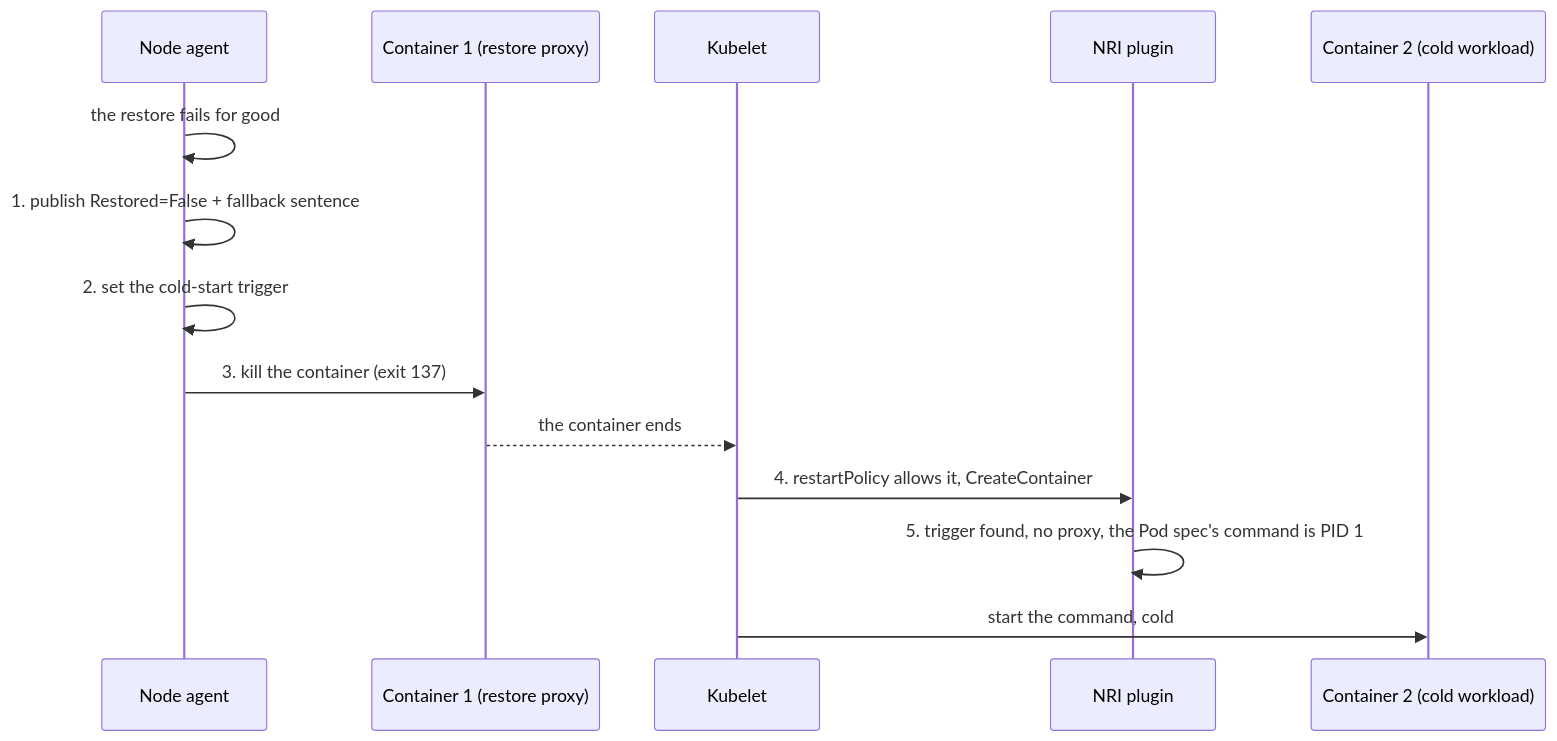
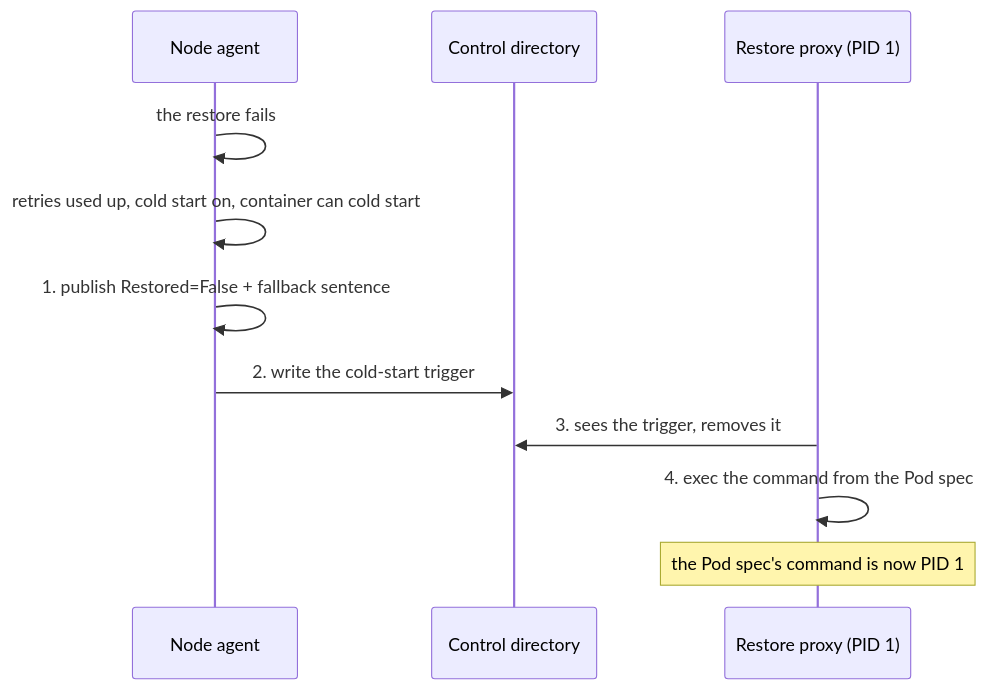
Before and after one commit to ai-dynamo/snapshot: the diagram in docs/proposals/322-cold-start-fallback/README.md, drawn with Mermaid. The commit also changed other lines of this file, not shown here.

First line of the commit message:
docs: rewrite SNEP-322 around an in-place cold start

````diff
--- a/docs/proposals/322-cold-start-fallback/README.md
+++ b/docs/proposals/322-cold-start-fallback/README.md
@@ -92,17 +107,14 @@
 ```mermaid
 sequenceDiagram
     participant A as Node agent
-    participant P as Container 1 (restore proxy)
-    participant K as Kubelet
-    participant N as NRI plugin
-    participant W as Container 2 (cold workload)
+    participant F as Control directory
+    participant P as Restore proxy (PID 1)
 
-    A->>A: the restore fails for good
+    A->>A: the restore fails
+    A->>A: retries used up, cold start on, container can cold start
     A->>A: 1. publish Restored=False + fallback sentence
-    A->>A: 2. set the cold-start trigger
-    A->>P: 3. kill the container (exit 137)
-    P-->>K: the container ends
-    K->>N: 4. restartPolicy allows it, CreateContainer
-    N->>N: 5. trigger found, no proxy, the Pod spec's command is PID 1
-    K->>W: start the command, cold
+    A->>F: 2. write the cold-start trigger
+    P->>F: 3. sees the trigger, removes it
+    P->>P: 4. exec the command from the Pod spec
+    Note over P: the Pod spec's command is now PID 1
 ```
````
